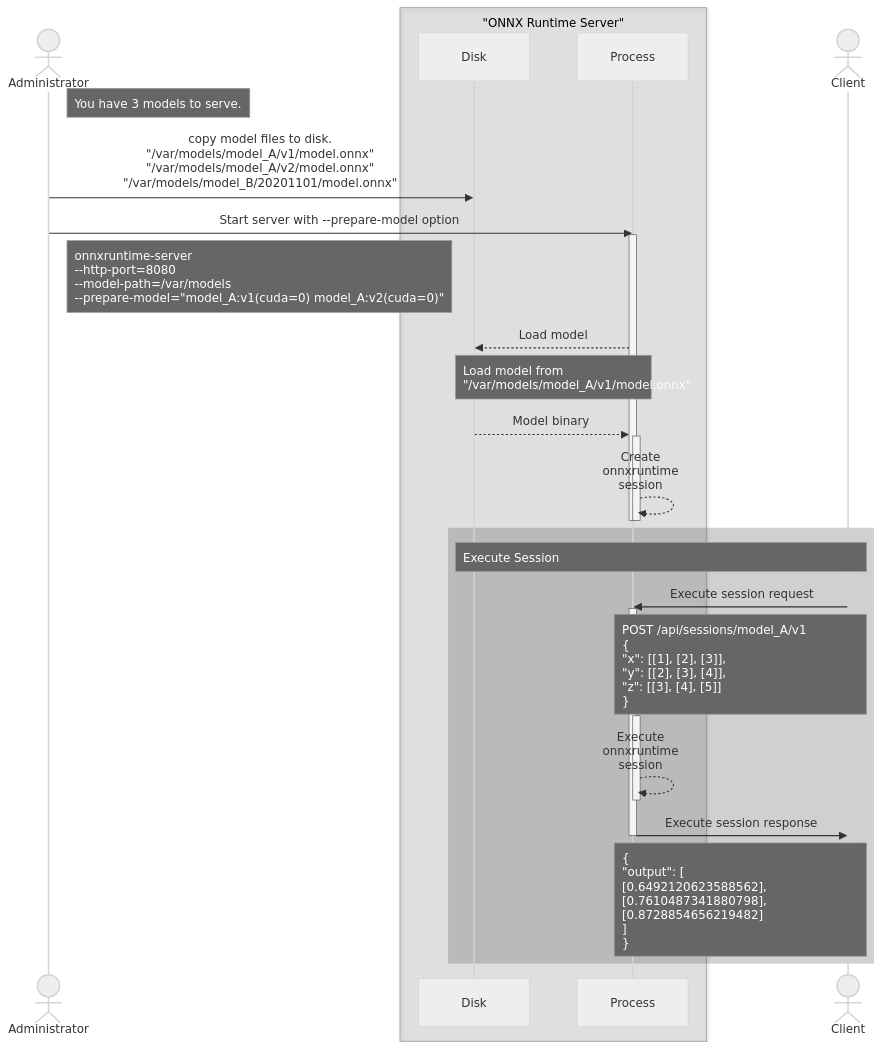
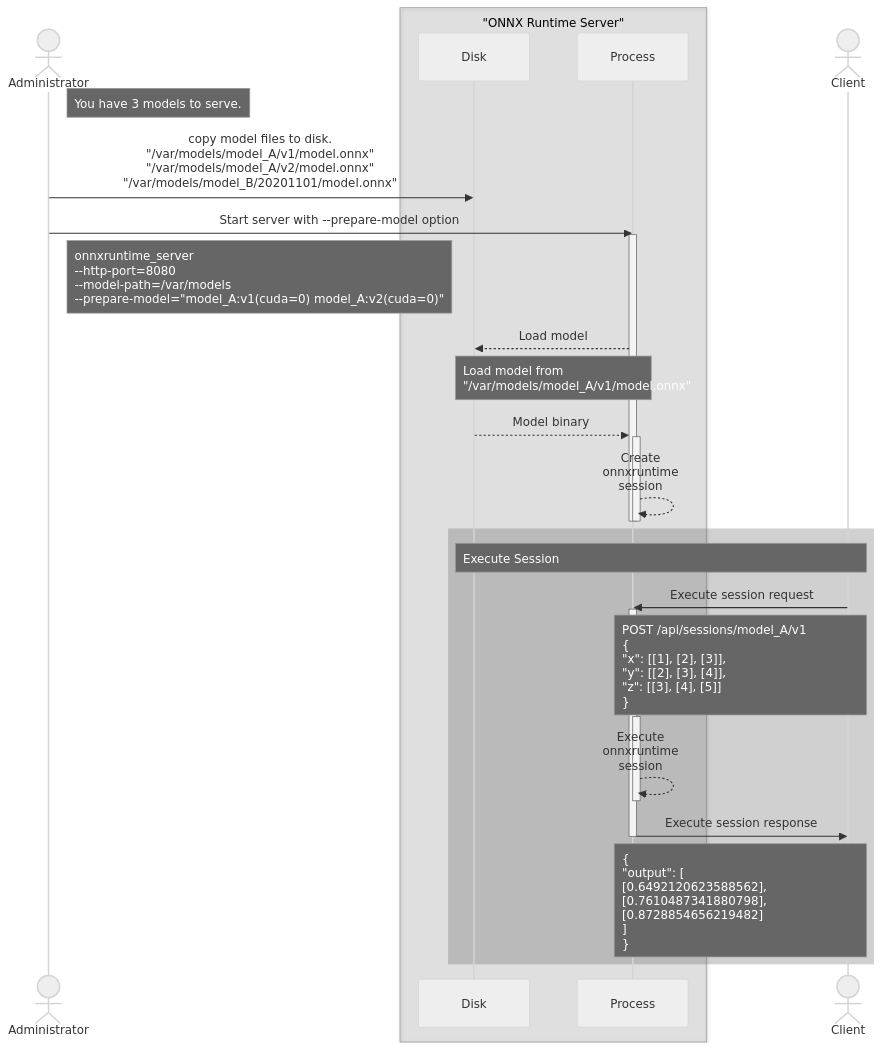
The first of 2 diagrams in README.md (kibae/onnxruntime-server), drawn with Mermaid (neutral theme) before and after one commit. The commit also changed other lines of this file and 12 other files, not shown here.

````diff
--- a/README.md
+++ b/README.md
@@ -149,36 +151,36 @@
 ```mermaid
 %%{init: {
     'sequence': {'noteAlign': 'left', 'mirrorActors': true}
 }}%%
 sequenceDiagram
     actor A as Administrator
     box rgb(0, 0, 0, 0.1) "ONNX Runtime Server"
         participant SD as Disk
         participant SP as Process
     end
     actor C as Client
     Note right of A: You have 3 models to serve.
     A ->> SD: copy model files to disk.<br />"/var/models/model_A/v1/model.onnx"<br />"/var/models/model_A/v2/model.onnx"<br />"/var/models/model_B/20201101/model.onnx"
     A ->> SP: Start server with --prepare-model option
     activate SP
-    Note right of A: onnxruntime-server<br />--http-port=8080<br />--model-path=/var/models<br />--prepare-model="model_A:v1(cuda=0) model_A:v2(cuda=0)"
+    Note right of A: onnxruntime_server<br />--http-port=8080<br />--model-path=/var/models<br />--prepare-model="model_A:v1(cuda=0) model_A:v2(cuda=0)"
     SP -->> SD: Load model
     Note over SD, SP: Load model from<br />"/var/models/model_A/v1/model.onnx"
     SD -->> SP: Model binary
     activate SP
     SP -->> SP: Create<br />onnxruntime<br />session
     deactivate SP
     deactivate SP
     rect rgb(100, 100, 100, 0.3)
         Note over SD, C: Execute Session
         C ->> SP: Execute session request
         activate SP
         Note over SP, C: POST /api/sessions/model_A/v1<br />{<br />"x": [[1], [2], [3]],<br />"y": [[2], [3], [4]],<br />"z": [[3], [4], [5]]<br />}
         activate SP
         SP -->> SP: Execute<br />onnxruntime<br />session
         deactivate SP
         SP ->> C: Execute session response
         deactivate SP
         Note over SP, C: {<br />"output": [<br />[0.6492120623588562],<br />[0.7610487341880798],<br />[0.8728854656219482]<br />]<br />}
     end
 ```
````
